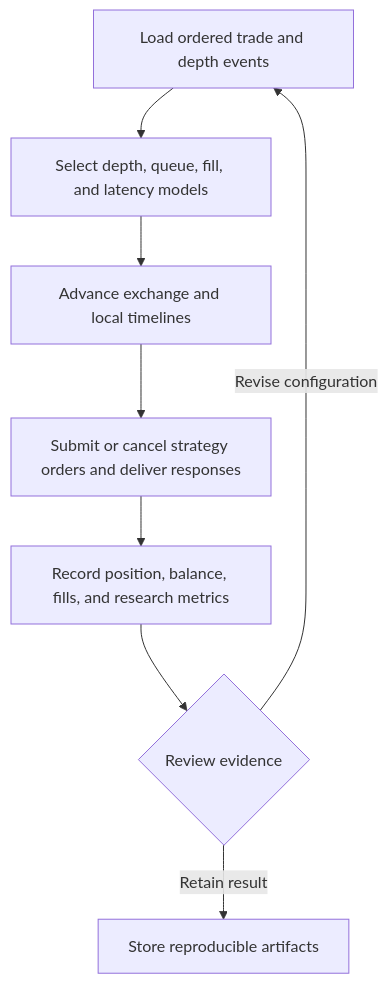
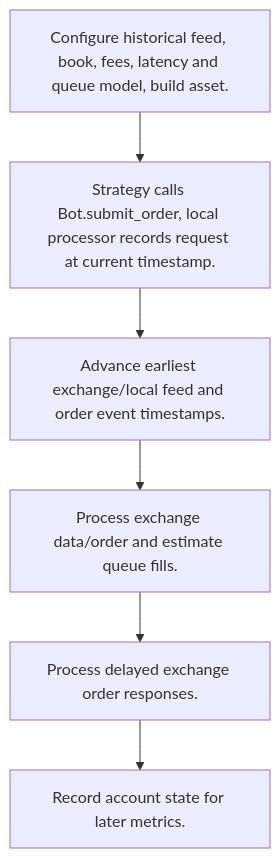
Before and after one commit to alexcwyu/hftbacktest: the third of 4 diagrams in docs/ayu-develop.md, drawn with Mermaid. The commit also changed other lines of this file and 13 other files, not shown here.

Commit message:
docs: standardize source-reviewed system guides and offline diagrams

````diff
--- a/docs/ayu-develop.md
+++ b/docs/ayu-develop.md
@@ -55,12 +183,14 @@
 ```mermaid
 flowchart TD
-    W0["Load ordered trade and depth events"]
-    W1["Select depth, queue, fill, and latency models"]
-    W2["Advance exchange and local timelines"]
-    W3["Submit or cancel strategy orders and deliver responses"]
-    W4["Record position, balance, fills, and research metrics"]
-    W0 --> W1 --> W2 --> W3 --> W4
-    W4 --> R{"Review evidence"}
-    R -->|Revise configuration| W0
-    R -->|Retain result| A["Store reproducible artifacts"]
+  W0["Configure historical feed, book, fees, latency and queue model, build asset."]
+  W1["Strategy calls Bot.submit_order, local processor records request at current timestamp."]
+  W0 --> W1
+  W2["Advance earliest exchange/local feed and order event timestamps."]
+  W1 --> W2
+  W3["Process exchange data/order and estimate queue fills."]
+  W2 --> W3
+  W4["Process delayed exchange order responses."]
+  W3 --> W4
+  W5["Record account state for later metrics."]
+  W4 --> W5
 ```
````
